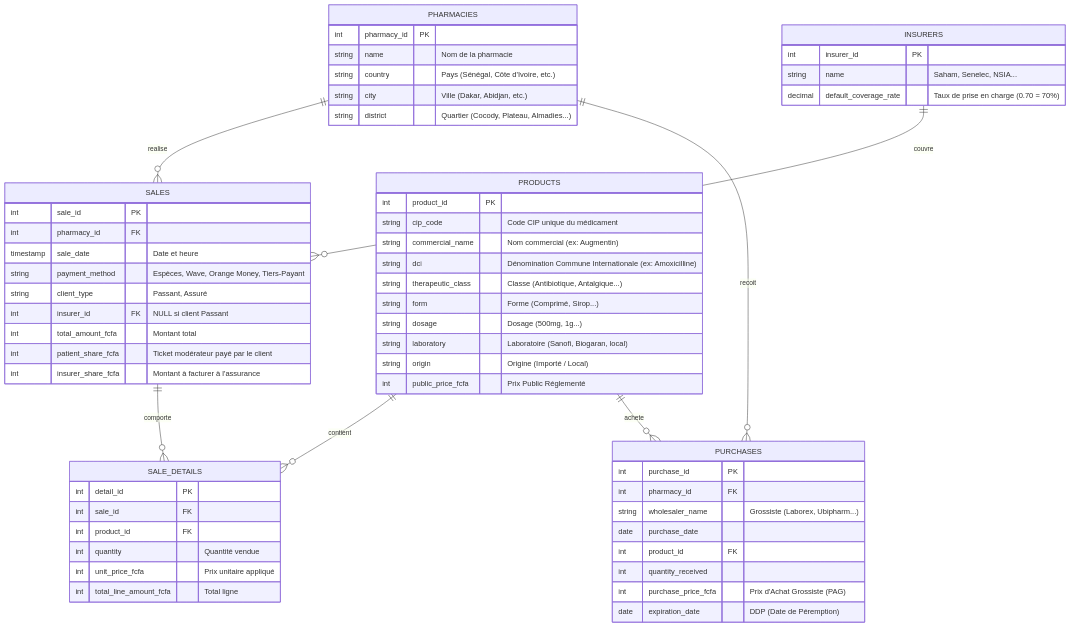
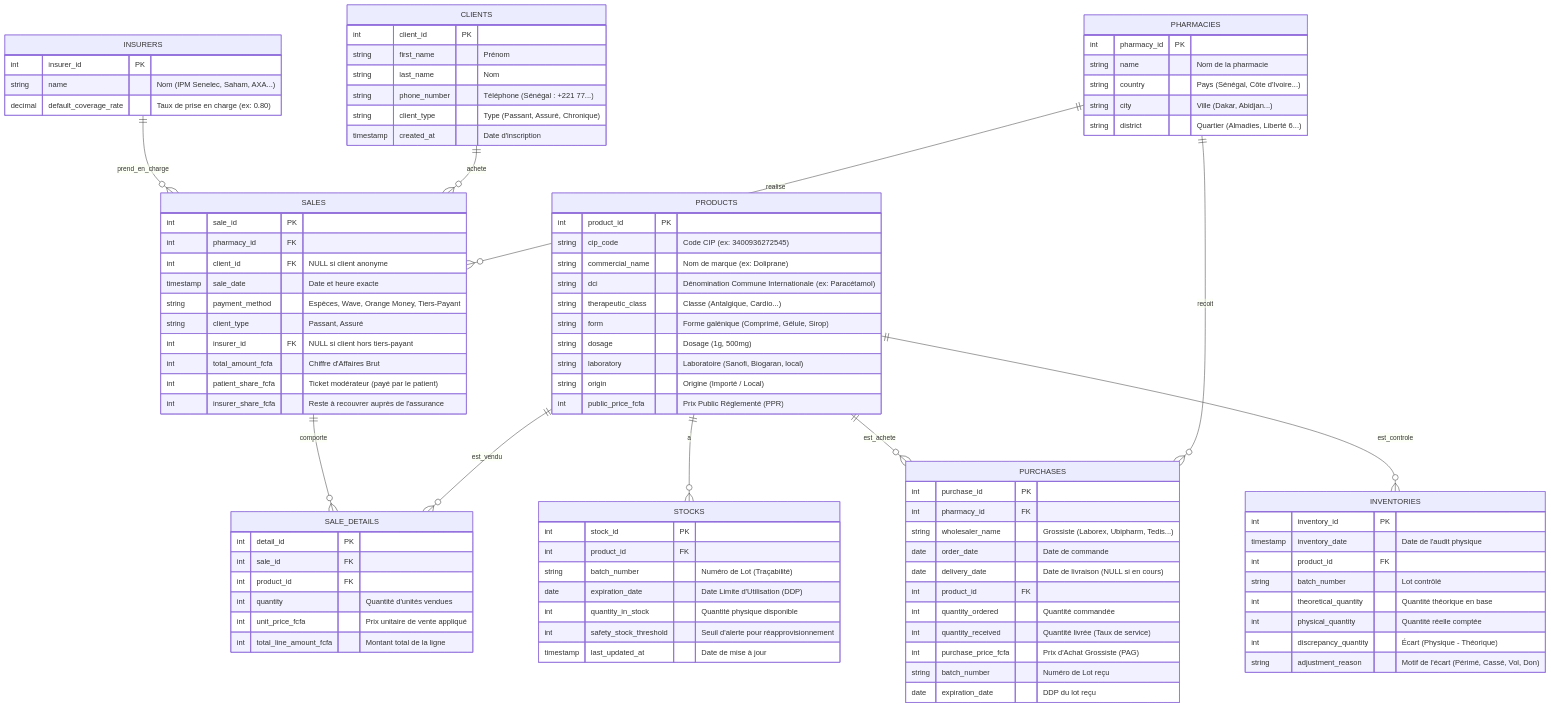
One commit to CodeWithSagomb/GenBI changed the diagram in exploration_donnees_pharmaceutiques.md. Above: the diagram before and after it, drawn with Mermaid. The commit also changed other lines of this file, not shown here.

Commit message:
docs: define target 8-table physical database schema for Dakar Pharmacy in exploration doc

````diff
--- a/exploration_donnees_pharmaceutiques.md
+++ b/exploration_donnees_pharmaceutiques.md
@@ -52,68 +52,105 @@
 ```mermaid
 erDiagram
     PHARMACIES ||--o{ SALES : "realise"
-    PRODUCTS ||--o{ SALE_DETAILS : "contient"
+    PHARMACIES ||--o{ PURCHASES : "recoit"
+    CLIENTS ||--o{ SALES : "achete"
+    INSURERS ||--o{ SALES : "prend_en_charge"
+    PRODUCTS ||--o{ SALE_DETAILS : "est_vendu"
+    PRODUCTS ||--o{ STOCKS : "a"
+    PRODUCTS ||--o{ PURCHASES : "est_achete"
+    PRODUCTS ||--o{ INVENTORIES : "est_controle"
     SALES ||--o{ SALE_DETAILS : "comporte"
-    INSURERS ||--o{ SALES : "couvre"
-    PRODUCTS ||--o{ PURCHASES : "achete"
-    PHARMACIES ||--o{ PURCHASES : "recoit"
 
     PHARMACIES {
         int pharmacy_id PK
         string name "Nom de la pharmacie"
-        string country "Pays (Sénégal, Côte d'Ivoire, etc.)"
-        string city "Ville (Dakar, Abidjan, etc.)"
-        string district "Quartier (Cocody, Plateau, Almadies...)"
+        string country "Pays (Sénégal, Côte d'Ivoire...)"
+        string city "Ville (Dakar, Abidjan...)"
+        string district "Quartier (Almadies, Liberté 6...)"
     }
 
     PRODUCTS {
         int product_id PK
-        string cip_code "Code CIP unique du médicament"
-        string commercial_name "Nom commercial (ex: Augmentin)"
-        string dci "Dénomination Commune Internationale (ex: Amoxicilline)"
-        string therapeutic_class "Classe (Antibiotique, Antalgique...)"
-        string form "Forme (Comprimé, Sirop...)"
-        string dosage "Dosage (500mg, 1g...)"
+        string cip_code "Code CIP (ex: 3400936272545)"
+        string commercial_name "Nom de marque (ex: Doliprane)"
+        string dci "Dénomination Commune Internationale (ex: Paracétamol)"
+        string therapeutic_class "Classe (Antalgique, Cardio...)"
+        string form "Forme galénique (Comprimé, Gélule, Sirop)"
+        string dosage "Dosage (1g, 500mg)"
         string laboratory "Laboratoire (Sanofi, Biogaran, local)"
         string origin "Origine (Importé / Local)"
-        int public_price_fcfa "Prix Public Réglementé"
+        int public_price_fcfa "Prix Public Réglementé (PPR)"
+    }
+
+    CLIENTS {
+        int client_id PK
+        string first_name "Prénom"
+        string last_name "Nom"
+        string phone_number "Téléphone (Sénégal : +221 77...)"
+        string client_type "Type (Passant, Assuré, Chronique)"
+        timestamp created_at "Date d'inscription"
     }
 
     INSURERS {
         int insurer_id PK
-        string name "Saham, Senelec, NSIA..."
-        decimal default_coverage_rate "Taux de prise en charge (0.70 = 70%)"
+        string name "Nom (IPM Senelec, Saham, AXA...)"
+        decimal default_coverage_rate "Taux de prise en charge (ex: 0.80)"
+    }
+
+    STOCKS {
+        int stock_id PK
+        int product_id FK
+        string batch_number "Numéro de Lot (Traçabilité)"
+        date expiration_date "Date Limite d'Utilisation (DDP)"
+        int quantity_in_stock "Quantité physique disponible"
+        int safety_stock_threshold "Seuil d'alerte pour réapprovisionnement"
+        timestamp last_updated_at "Date de mise à jour"
+    }
+
+    PURCHASES {
+        int purchase_id PK
+        int pharmacy_id FK
+        string wholesaler_name "Grossiste (Laborex, Ubipharm, Tedis...)"
+        date order_date "Date de commande"
+        date delivery_date "Date de livraison (NULL si en cours)"
+        int product_id FK
+        int quantity_ordered "Quantité commandée"
+        int quantity_received "Quantité livrée (Taux de service)"
+        int purchase_price_fcfa "Prix d'Achat Grossiste (PAG)"
+        string batch_number "Numéro de Lot reçu"
+        date expiration_date "DDP du lot reçu"
     }
 
     SALES {
         int sale_id PK
         int pharmacy_id FK
-        timestamp sale_date "Date et heure"
+        int client_id FK "NULL si client anonyme"
+        timestamp sale_date "Date et heure exacte"
         string payment_method "Espèces, Wave, Orange Money, Tiers-Payant"
         string client_type "Passant, Assuré"
-        int insurer_id FK "NULL si client Passant"
-        int total_amount_fcfa "Montant total"
-        int patient_share_fcfa "Ticket modérateur payé par le client"
-        int insurer_share_fcfa "Montant à facturer à l'assurance"
+        int insurer_id FK "NULL si client hors tiers-payant"
+        int total_amount_fcfa "Chiffre d'Affaires Brut"
+        int patient_share_fcfa "Ticket modérateur (payé par le patient)"
+        int insurer_share_fcfa "Reste à recouvrer auprès de l'assurance"
     }
 
     SALE_DETAILS {
         int detail_id PK
         int sale_id FK
         int product_id FK
-        int quantity "Quantité vendue"
-        int unit_price_fcfa "Prix unitaire appliqué"
-        int total_line_amount_fcfa "Total ligne"
+        int quantity "Quantité d'unités vendues"
+        int unit_price_fcfa "Prix unitaire de vente appliqué"
+        int total_line_amount_fcfa "Montant total de la ligne"
     }
 
-    PURCHASES {
-        int purchase_id PK
-        int pharmacy_id FK
-        string wholesaler_name "Grossiste (Laborex, Ubipharm...)"
-        date purchase_date
+    INVENTORIES {
+        int inventory_id PK
+        timestamp inventory_date "Date de l'audit physique"
         int product_id FK
-        int quantity_received
-        int purchase_price_fcfa "Prix d'Achat Grossiste (PAG)"
-        date expiration_date "DDP (Date de Péremption)"
+        string batch_number "Lot contrôlé"
+        int theoretical_quantity "Quantité théorique en base"
+        int physical_quantity "Quantité réelle comptée"
+        int discrepancy_quantity "Écart (Physique - Théorique)"
+        string adjustment_reason "Motif de l'écart (Périmé, Cassé, Vol, Don)"
     }
 ```
````
